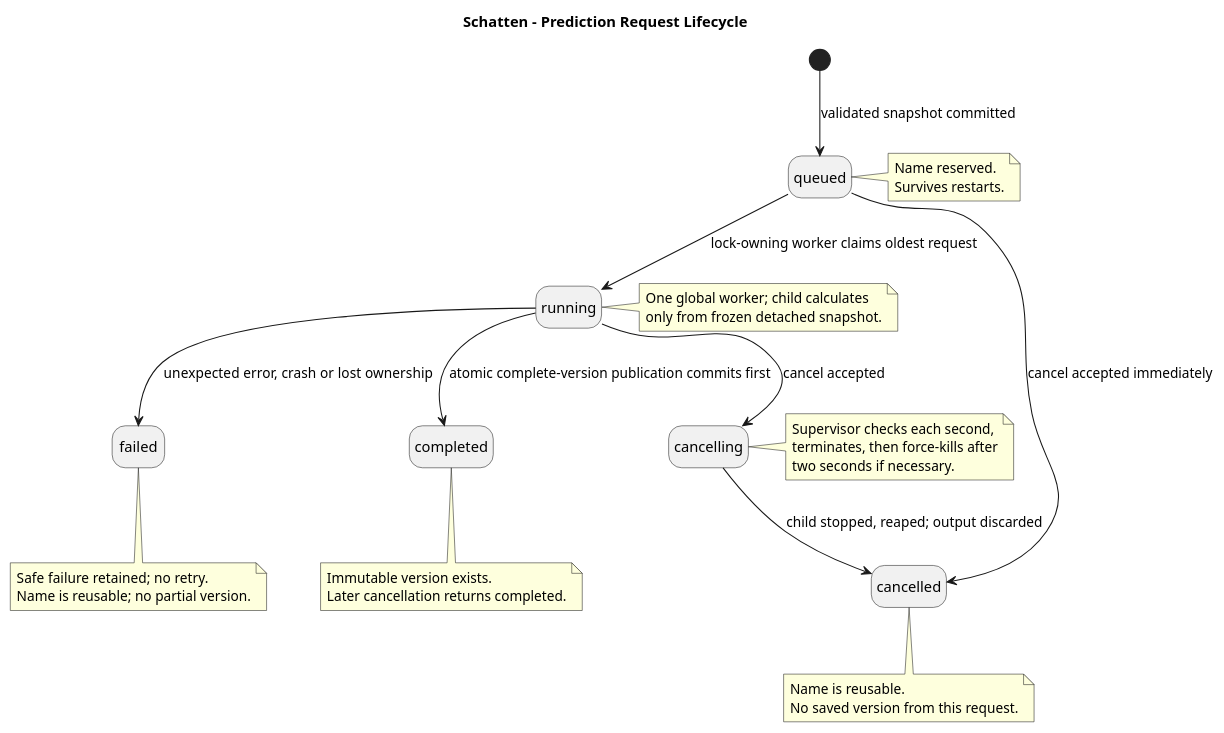
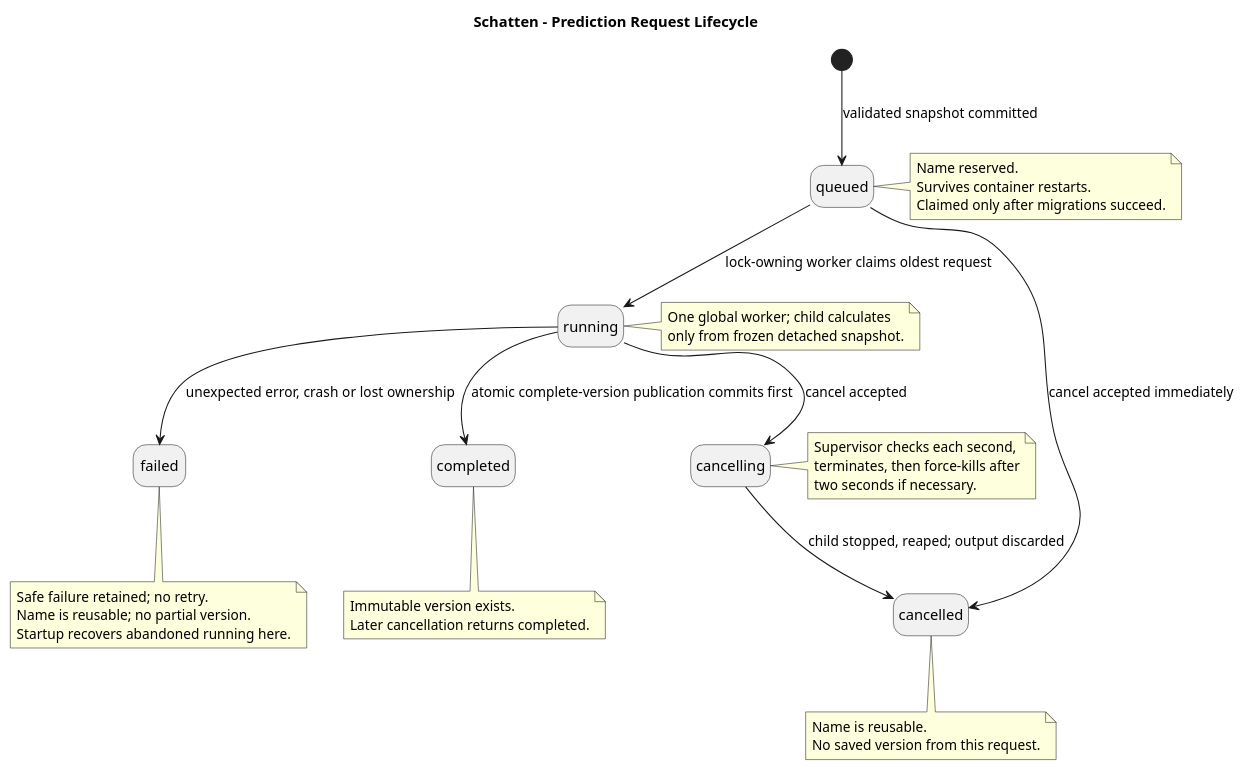
One commit to lupaus-eu/shadow changed the diagram in docs/diagrams/state-forecasting-prediction-request.puml. Above: the diagram before and after it, drawn with PlantUML. The commit also changed 29 other files, not shown here.

```diff
--- a/docs/diagrams/state-forecasting-prediction-request.puml
+++ b/docs/diagrams/state-forecasting-prediction-request.puml
@@ -1,44 +1,46 @@
 @startuml
 title Schatten - Prediction Request Lifecycle
 
 hide empty description
 
 [*] --> queued : validated snapshot committed
 queued --> running : lock-owning worker claims oldest request
 queued --> cancelled : cancel accepted immediately
 running --> cancelling : cancel accepted
 cancelling --> cancelled : child stopped, reaped; output discarded
 running --> failed : unexpected error, crash or lost ownership
 running --> completed : atomic complete-version publication commits first
 
 note right of queued
   Name reserved.
-  Survives restarts.
+  Survives container restarts.
+  Claimed only after migrations succeed.
 end note
 
 note right of running
   One global worker; child calculates
   only from frozen detached snapshot.
 end note
 
 note right of cancelling
   Supervisor checks each second,
   terminates, then force-kills after
   two seconds if necessary.
 end note
 
 note bottom of completed
   Immutable version exists.
   Later cancellation returns completed.
 end note
 
 note bottom of cancelled
   Name is reusable.
   No saved version from this request.
 end note
 
 note bottom of failed
   Safe failure retained; no retry.
   Name is reusable; no partial version.
+  Startup recovers abandoned running here.
 end note
 @enduml
```
